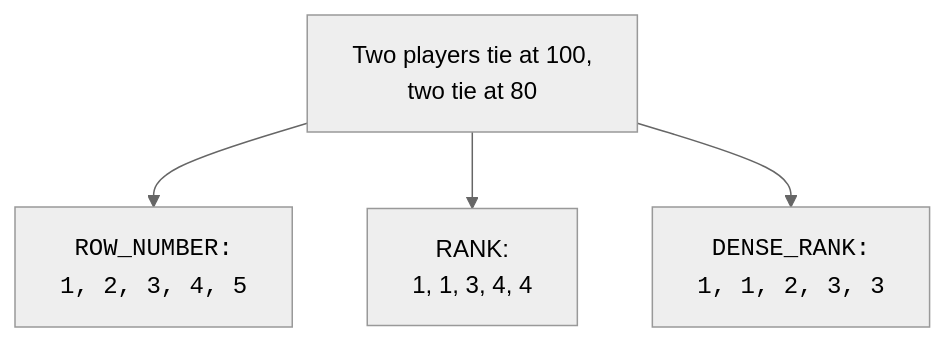
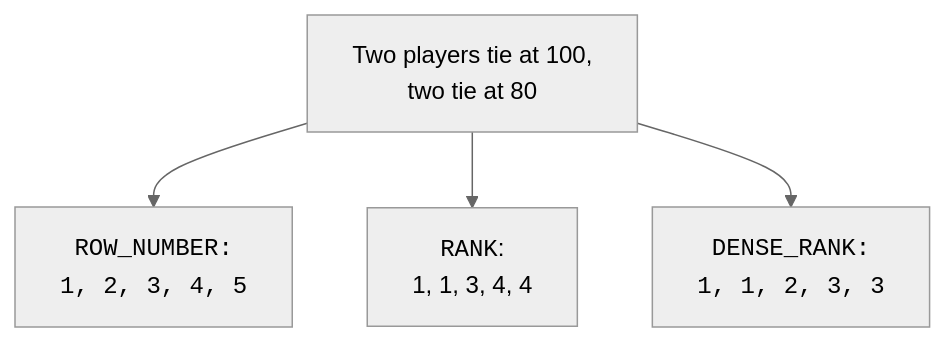
The second of 2 diagrams in content/courses/sql-analytics-duckdb/ranking-and-row-number.mdx (dataslope/dataslope), drawn with Mermaid (neutral theme) before and after one commit. The commit also changed other lines of this file and 283 other files, not shown here.

First line of the commit message:
Diagrams as elements, not characters: fix the box model, sweep the corpus, and make syntax breakdowns a convention (#652)

````diff
--- a/content/courses/sql-analytics-duckdb/ranking-and-row-number.mdx
+++ b/content/courses/sql-analytics-duckdb/ranking-and-row-number.mdx
@@ -251,6 +260,6 @@
 ```mermaid
 flowchart TB
     T["Two players tie at 100,<br/>two tie at 80"] --> RN["<code>ROW_NUMBER:<br/>1, 2, 3, 4, 5</code>"]
-    T --> R["RANK:<br/>1, 1, 3, 4, 4"]
+    T --> R["<code>RANK</code>:<br/>1, 1, 3, 4, 4"]
     T --> D["<code>DENSE_RANK:<br/>1, 1, 2, 3, 3</code>"]
 ```
````
